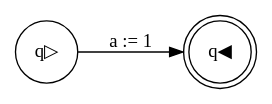
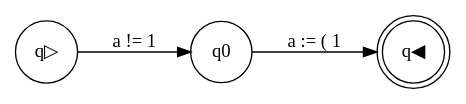
One commit to bossebandowski/CSM_Mandatory changed the diagram in GCL_Comp/PG.gv. Above: the diagram before and after it, drawn with Graphviz. The commit also changed 23 other files, not shown here.

```diff
--- a/GCL_Comp/PG.gv
+++ b/GCL_Comp/PG.gv
@@ -1,6 +1,7 @@
 digraph program_graph {rankdir=LR;
 node [shape = circle]; q▷;
 node [shape = doublecircle]; q◀;
 node [shape = circle]
-q▷ -> q◀ [label = "a := 1"];
+q▷ -> q0 [label = " a != 1"];
+q0 -> q◀ [label = " a := ( 1"];
 }
```
